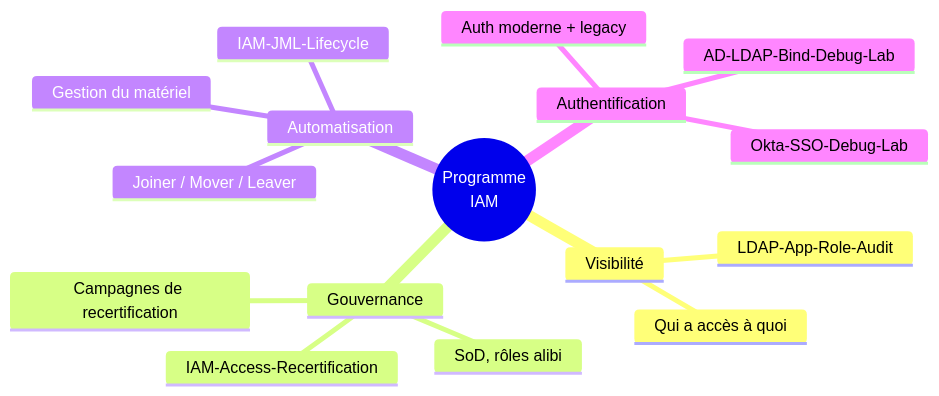
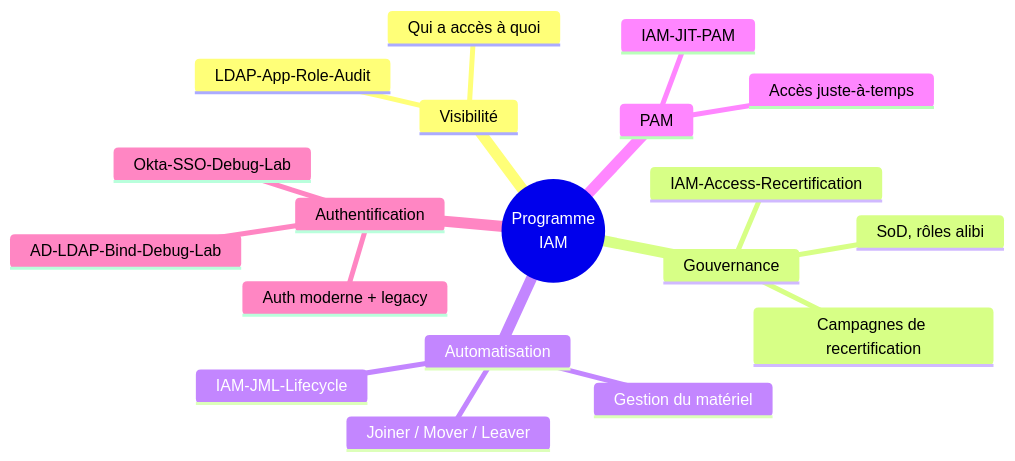
One commit to Anne-LaureS/IAM-Governance-Roadmap changed the first of 2 diagrams in README.md. Above: the diagram before and after it, drawn with Mermaid. The commit also changed other lines of this file, not shown here.

First line of the commit message:
Ajoute la phase PAM (IAM-JIT-PAM) à la roadmap

````diff
--- a/README.md
+++ b/README.md
@@ -26,19 +27,22 @@
 ```mermaid
 mindmap
   root((Programme<br/>IAM))
     Visibilité
       LDAP-App-Role-Audit
       Qui a accès à quoi
     Gouvernance
       IAM-Access-Recertification
       SoD, rôles alibi
       Campagnes de recertification
     Automatisation
       IAM-JML-Lifecycle
       Joiner / Mover / Leaver
       Gestion du matériel
+    PAM
+      IAM-JIT-PAM
+      Accès juste-à-temps
     Authentification
       Okta-SSO-Debug-Lab
       AD-LDAP-Bind-Debug-Lab
       Auth moderne + legacy
 ```
````
